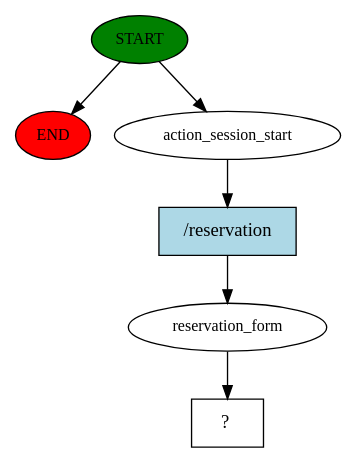
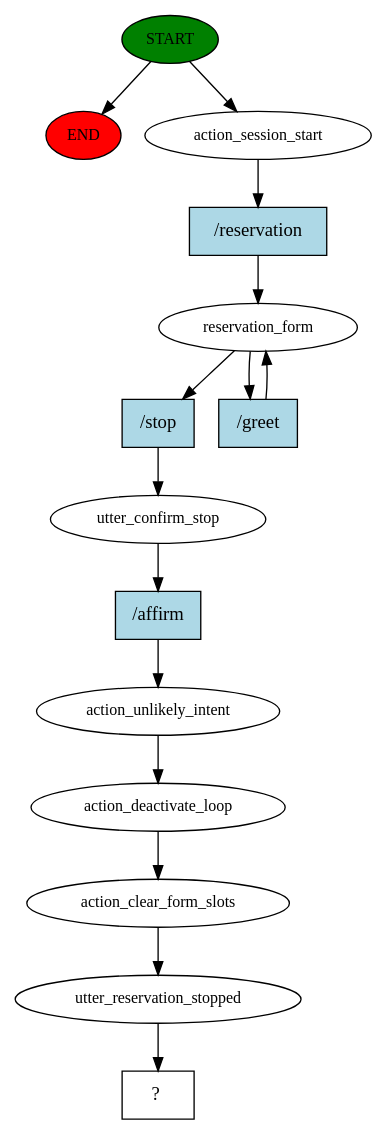
One commit to S1107327/datascience changed the diagram in rasa/story_graph.dot. Above: the diagram before and after it, drawn with Graphviz. The commit also changed 5 other files, not shown here.

```diff
--- a/rasa/story_graph.dot
+++ b/rasa/story_graph.dot
@@ -1,13 +1,30 @@
 digraph  {
 0 [class="start active", fillcolor=green, fontsize=12, label=START, style=filled];
 "-1" [class=end, fillcolor=red, fontsize=12, label=END, style=filled];
 1 [class=active, fontsize=12, label=action_session_start];
 2 [class=active, fontsize=12, label=reservation_form];
-3 [class="intent dashed active", label="  ?  ", shape=rect];
-4 [class="intent active", fillcolor=lightblue, label="/reservation", shape=rect, style=filled];
+4 [class=active, fontsize=12, label=utter_confirm_stop];
+5 [class=active, fontsize=12, label=action_unlikely_intent];
+6 [class=active, fontsize=12, label=action_deactivate_loop];
+7 [class=active, fontsize=12, label=action_clear_form_slots];
+8 [class=active, fontsize=12, label=utter_reservation_stopped];
+9 [class="intent dashed active", label="  ?  ", shape=rect];
+10 [class="intent active", fillcolor=lightblue, label="/reservation", shape=rect, style=filled];
+11 [class="intent active", fillcolor=lightblue, label="/stop", shape=rect, style=filled];
+12 [class="intent active", fillcolor=lightblue, label="/greet", shape=rect, style=filled];
+13 [class="intent active", fillcolor=lightblue, label="/affirm", shape=rect, style=filled];
 0 -> "-1"  [class="", key=NONE, label=""];
 0 -> 1  [class=active, key=NONE, label=""];
-1 -> 4  [class=active, key=0];
-2 -> 3  [class=active, key=NONE, label=""];
-4 -> 2  [class=active, key=0];
+1 -> 10  [class=active, key=0];
+2 -> 11  [class=active, key=0];
+2 -> 12  [class=active, key=0];
+4 -> 13  [class=active, key=0];
+5 -> 6  [class=active, key=NONE, label=""];
+6 -> 7  [class=active, key=NONE, label=""];
+7 -> 8  [class=active, key=NONE, label=""];
+8 -> 9  [class=active, key=NONE, label=""];
+10 -> 2  [class=active, key=0];
+11 -> 4  [class=active, key=0];
+12 -> 2  [class=active, key=0];
+13 -> 5  [class=active, key=0];
 }
```
